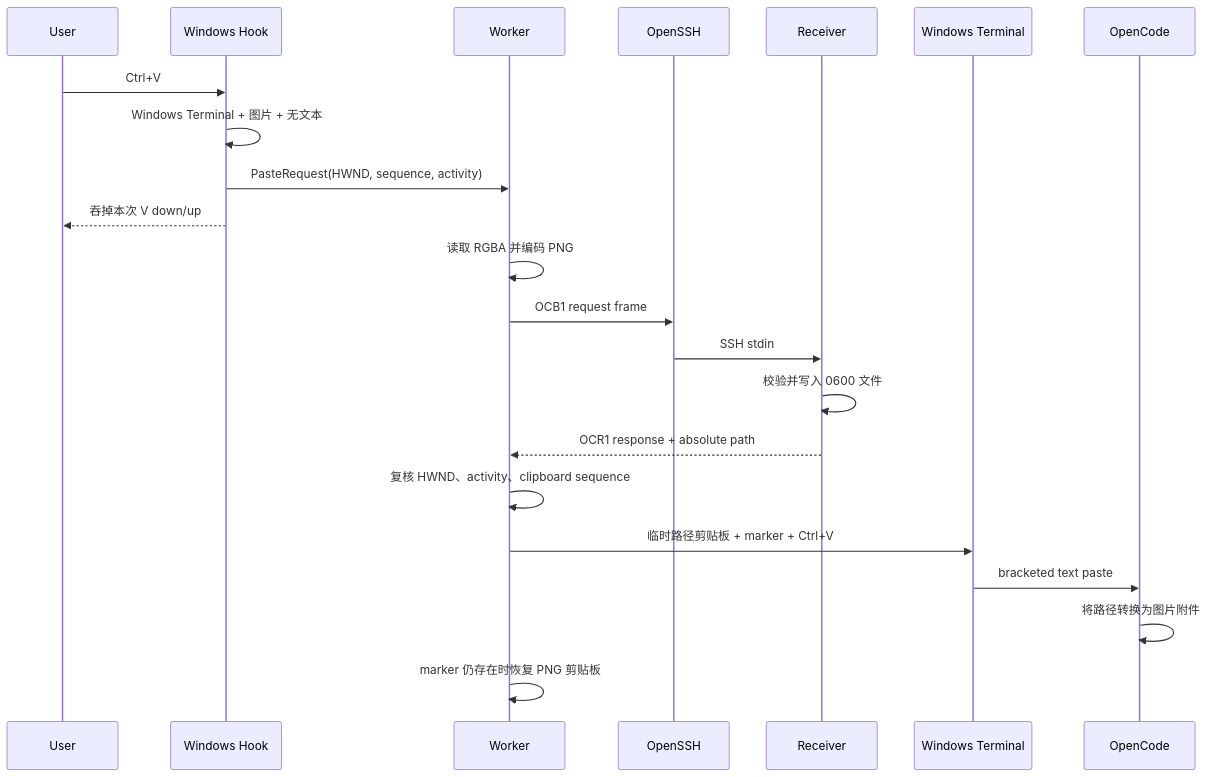
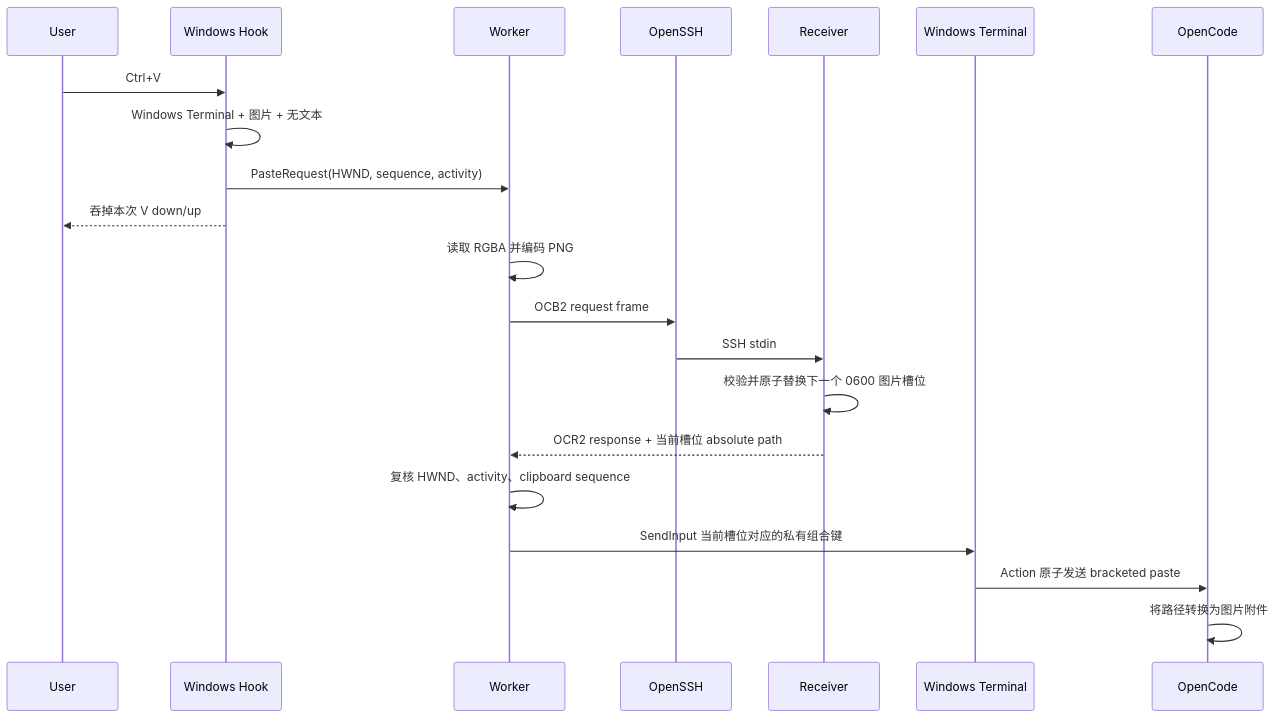
One commit to Empty-Jing/opencode-ssh-image-paste changed the third of 5 diagrams in docs/design.md. Above: the diagram before and after it, drawn with Mermaid. The commit also changed other lines of this file and 23 other files, not shown here.

````diff
--- a/docs/design.md
+++ b/docs/design.md
@@ -99,25 +99,24 @@
 ```mermaid
 sequenceDiagram
     participant U as User
     participant H as Windows Hook
     participant W as Worker
     participant S as OpenSSH
     participant R as Receiver
     participant WT as Windows Terminal
     participant OC as OpenCode
 
     U->>H: Ctrl+V
     H->>H: Windows Terminal + 图片 + 无文本
     H->>W: PasteRequest(HWND, sequence, activity)
     H-->>U: 吞掉本次 V down/up
     W->>W: 读取 RGBA 并编码 PNG
-    W->>S: OCB1 request frame
+    W->>S: OCB2 request frame
     S->>R: SSH stdin
-    R->>R: 校验并写入 0600 文件
-    R-->>W: OCR1 response + absolute path
+    R->>R: 校验并原子替换下一个 0600 图片槽位
+    R-->>W: OCR2 response + 当前槽位 absolute path
     W->>W: 复核 HWND、activity、clipboard sequence
-    W->>WT: 临时路径剪贴板 + marker + Ctrl+V
-    WT->>OC: bracketed text paste
+    W->>WT: SendInput 当前槽位对应的私有组合键
+    WT->>OC: Action 原子发送 bracketed paste
     OC->>OC: 将路径转换为图片附件
-    W->>W: marker 仍存在时恢复 PNG 剪贴板
 ```
````
